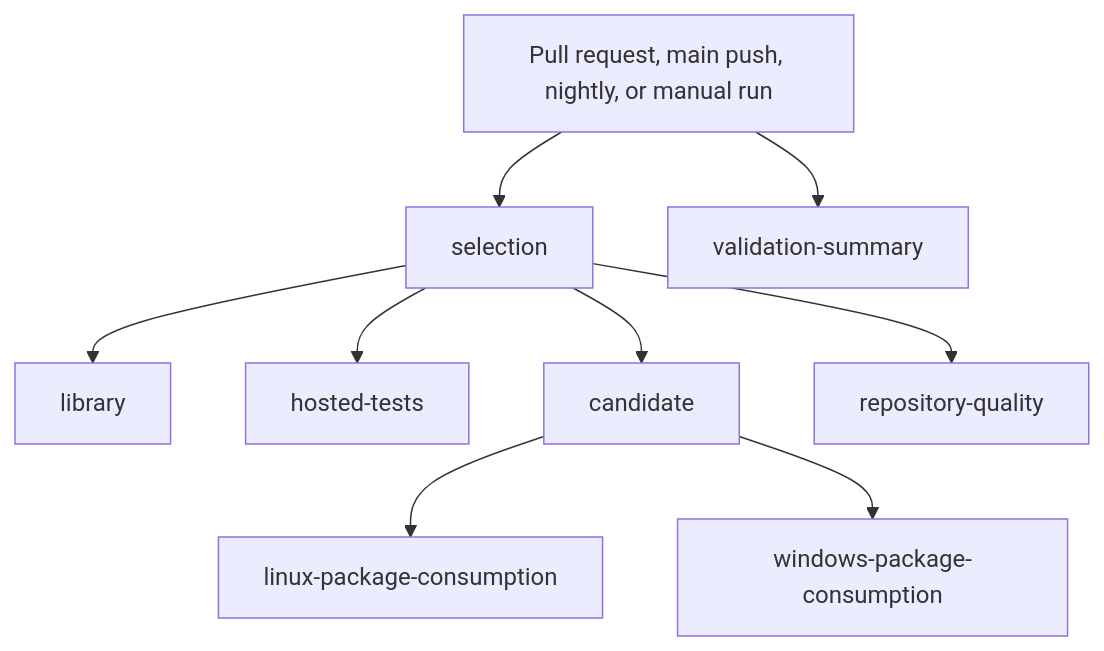
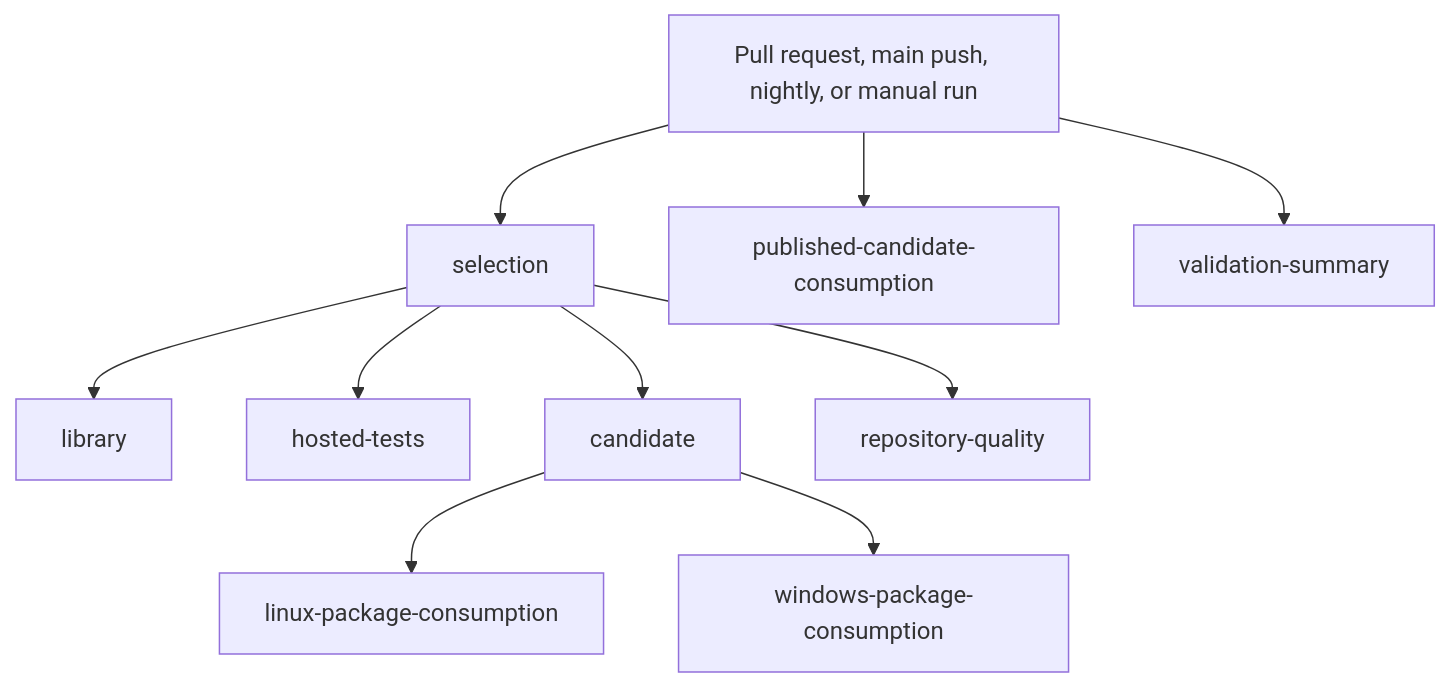
The second of 2 diagrams in docs/architecture/README.md (danigutsch/PandaBear.SharedKernel), drawn with Mermaid before and after one commit. The commit also changed 258 other files, not shown here.

````diff
--- a/docs/architecture/README.md
+++ b/docs/architecture/README.md
@@ -62,20 +62,22 @@
 ```mermaid
 flowchart TB
     trigger[Pull request, main push, nightly, or manual run]
     selection[selection]
     library[library]
     hosted_tests[hosted-tests]
     candidate[candidate]
     linux_package_consumption[linux-package-consumption]
     windows_package_consumption[windows-package-consumption]
     repository_quality[repository-quality]
+    published_candidate_consumption[published-candidate-consumption]
     validation_summary[validation-summary]
     trigger --> selection
     selection --> library
     selection --> hosted_tests
     selection --> candidate
     candidate --> linux_package_consumption
     candidate --> windows_package_consumption
     selection --> repository_quality
+    trigger --> published_candidate_consumption
     trigger --> validation_summary
 ```
````
